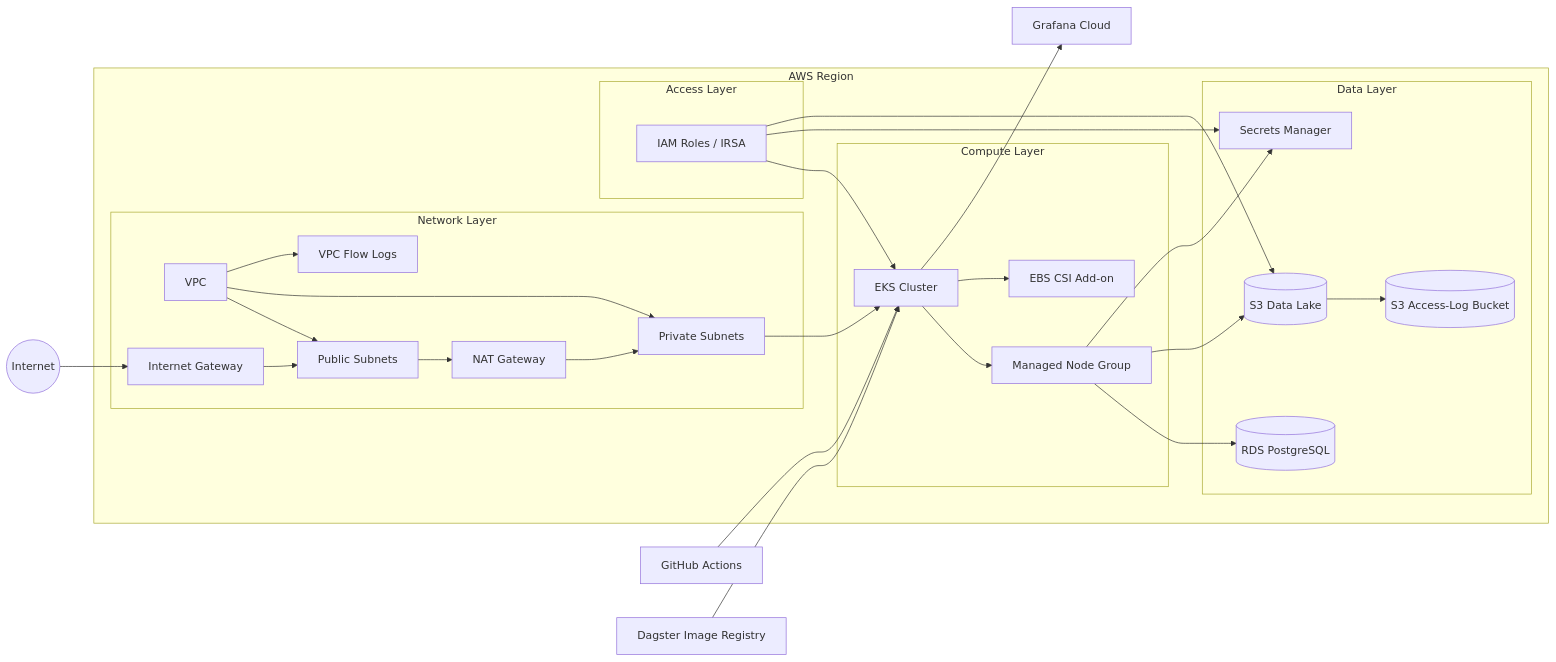
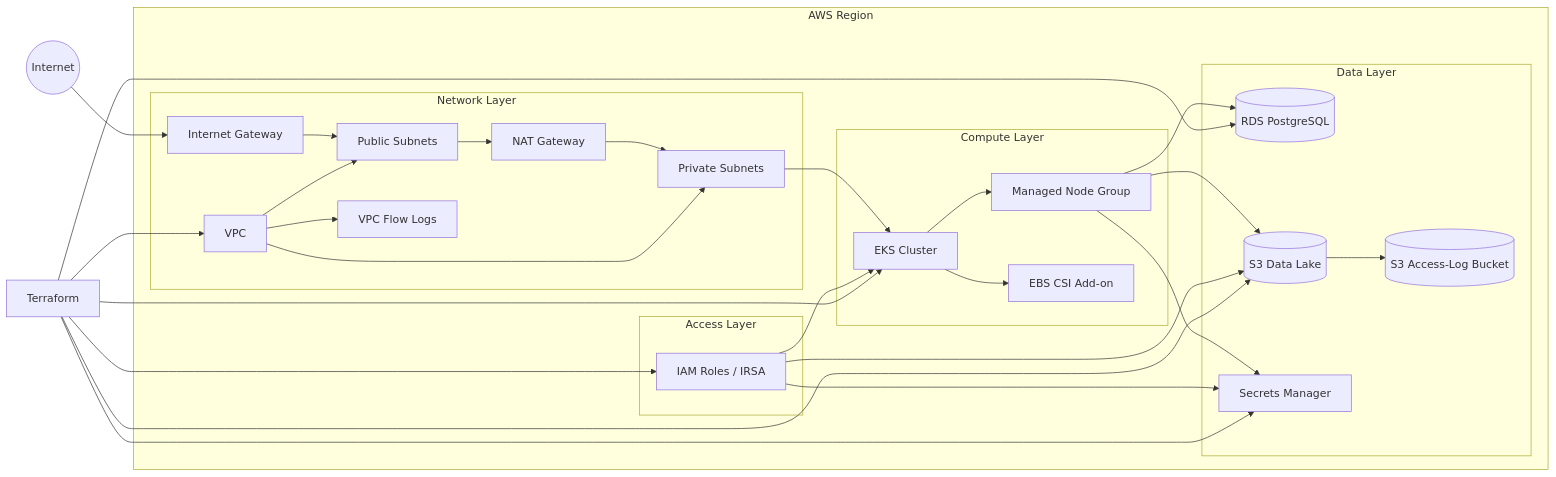
The first of 3 diagrams in README.md (BranfordTGbieor/sight-eks-poc-infra), drawn with Mermaid before and after one commit. The commit also changed other lines of this file, not shown here.

Commit message:
Split README into focused architecture diagrams

````diff
--- a/README.md
+++ b/README.md
@@ -87,60 +89,61 @@
 ```mermaid
 flowchart LR
   Internet((Internet))
-  GH[GitHub Actions]
-  Registry[Dagster Image Registry]
-  GC[Grafana Cloud]
+  TF[Terraform]
 
   subgraph Region["AWS Region"]
     subgraph Network["Network Layer"]
       VPC[VPC]
       IGW[Internet Gateway]
       Pub[Public Subnets]
       Priv[Private Subnets]
       NAT[NAT Gateway]
       Flow[VPC Flow Logs]
     end
 
     subgraph Compute["Compute Layer"]
       EKS[EKS Cluster]
       Nodes[Managed Node Group]
       EBS[EBS CSI Add-on]
     end
 
     subgraph Data["Data Layer"]
       RDS[(RDS PostgreSQL)]
       Lake[(S3 Data Lake)]
       Logs[(S3 Access-Log Bucket)]
       SM[Secrets Manager]
     end
 
     subgraph Security["Access Layer"]
       IAM[IAM Roles / IRSA]
     end
   end
 
   Internet --> IGW
   IGW --> Pub
   Pub --> NAT
   NAT --> Priv
   VPC --> Pub
   VPC --> Priv
   VPC --> Flow
 
   Priv --> EKS
   EKS --> Nodes
   EKS --> EBS
 
   Nodes --> RDS
   Nodes --> Lake
   Lake --> Logs
   Nodes --> SM
 
   IAM --> EKS
   IAM --> SM
   IAM --> Lake
 
-  GH --> EKS
-  Registry --> EKS
-  EKS --> GC
+  TF --> VPC
+  TF --> EKS
+  TF --> RDS
+  TF --> Lake
+  TF --> SM
+  TF --> IAM
 ```
````
